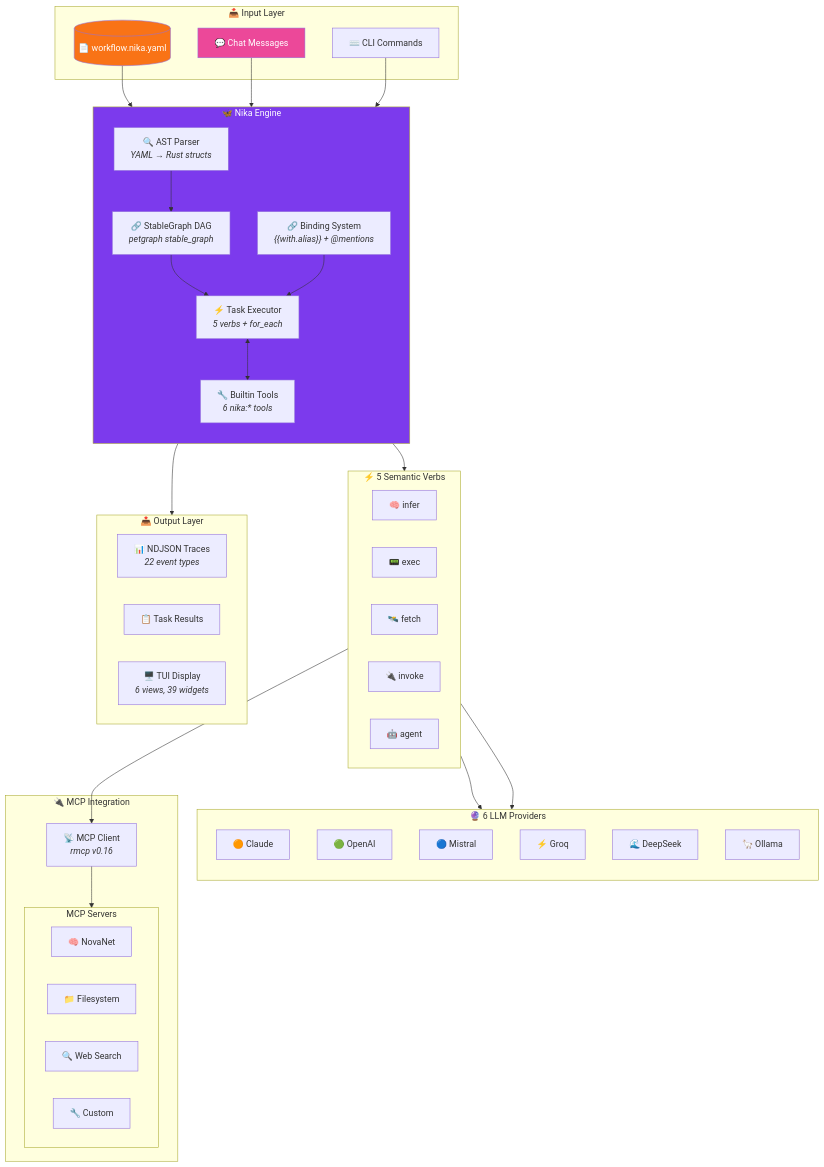
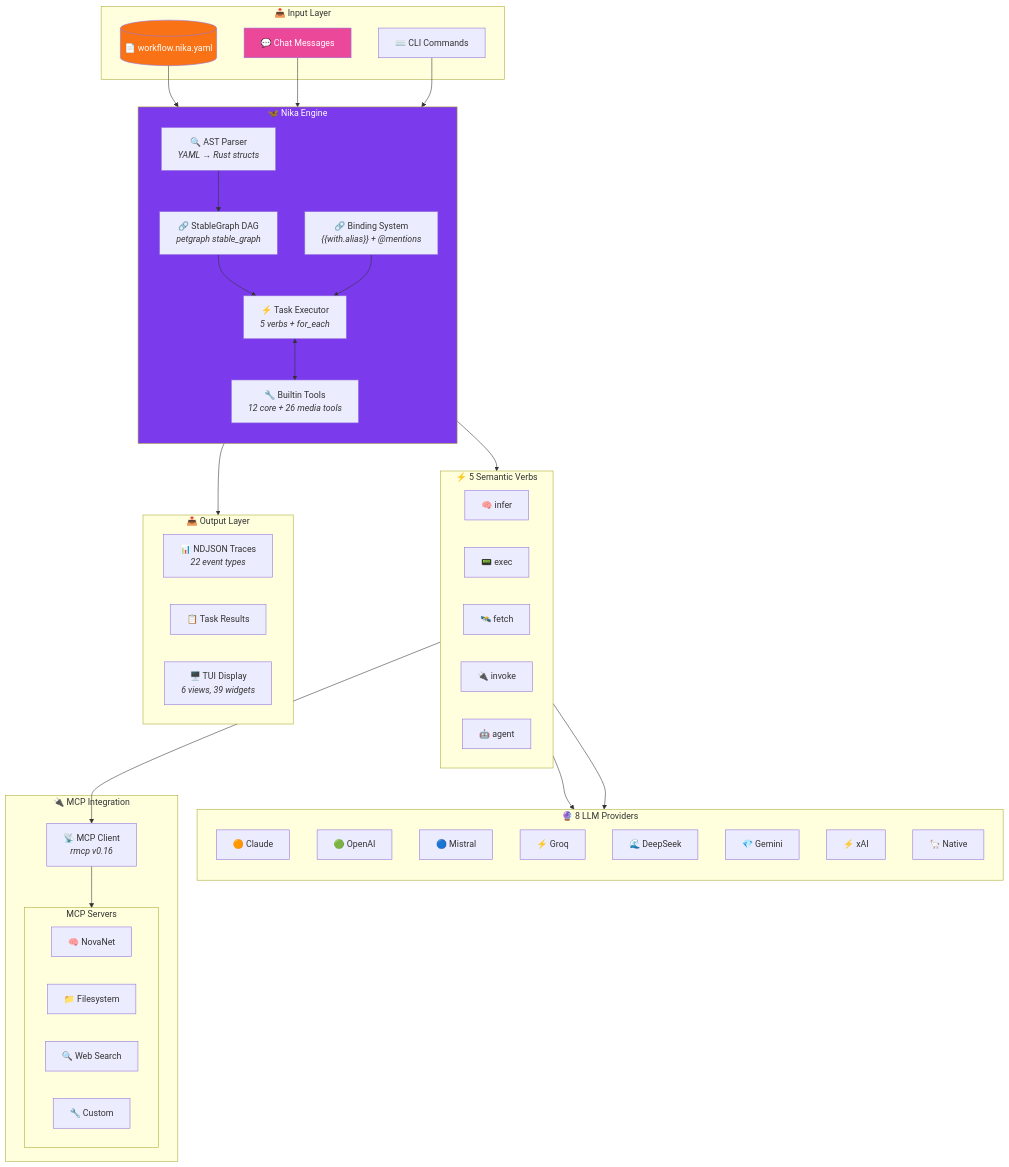
The fourth of 13 diagrams in README.md (supernovae-st/nika), drawn with Mermaid before and after one commit. The commit also changed other lines of this file, not shown here.

````diff
--- a/README.md
+++ b/README.md
@@ -483,71 +486,73 @@
 ```mermaid
 flowchart TB
     subgraph Input["📥 Input Layer"]
         YAML[("📄 workflow.nika.yaml")]
         Chat["💬 Chat Messages"]
         CLI["⌨️ CLI Commands"]
     end
 
     subgraph Core["🦋 Nika Engine"]
         direction TB
         Parser["🔍 AST Parser<br/><i>YAML → Rust structs</i>"]
         StableDag["🔗 StableGraph DAG<br/><i>petgraph stable_graph</i>"]
         Executor["⚡ Task Executor<br/><i>5 verbs + for_each</i>"]
-        BuiltinTools["🔧 Builtin Tools<br/><i>6 nika:* tools</i>"]
+        BuiltinTools["🔧 Builtin Tools<br/><i>12 core + 26 media tools</i>"]
         Binding["🔗 Binding System<br/><i>{{with.alias}} + @mentions</i>"]
 
         Parser --> StableDag
         StableDag --> Executor
         Executor <--> BuiltinTools
         Binding --> Executor
     end
 
     subgraph Verbs["⚡ 5 Semantic Verbs"]
         direction LR
         Infer["🧠 infer"]
         Exec["📟 exec"]
         Fetch["🛰️ fetch"]
         Invoke["🔌 invoke"]
         Agent["🤖 agent"]
     end
 
-    subgraph Providers["🔮 6 LLM Providers"]
+    subgraph Providers["🔮 8 LLM Providers"]
         direction TB
         Claude["🟠 Claude"]
         OpenAI["🟢 OpenAI"]
         Mistral["🔵 Mistral"]
         Groq["⚡ Groq"]
         DeepSeek["🌊 DeepSeek"]
-        Ollama["🦙 Ollama"]
+        Gemini["💎 Gemini"]
+        XAi["⚡ xAI"]
+        Native["🦙 Native"]
     end
 
     subgraph MCP["🔌 MCP Integration"]
         McpClient["📡 MCP Client<br/><i>rmcp v0.16</i>"]
         subgraph Servers["MCP Servers"]
             NovaNet["🧠 NovaNet"]
             Filesystem["📁 Filesystem"]
             WebSearch["🔍 Web Search"]
             Custom["🔧 Custom"]
         end
     end
 
     subgraph Output["📤 Output Layer"]
         Traces["📊 NDJSON Traces<br/><i>22 event types</i>"]
         Results["📋 Task Results"]
         TUI["🖥️ TUI Display<br/><i>6 views, 39 widgets</i>"]
     end
 
     YAML --> Parser
     Chat --> StableDag
     CLI --> Parser
     Executor --> Verbs
     Infer --> Providers
     Agent --> Providers
     Invoke --> McpClient
     McpClient --> Servers
     Executor --> Output
 
     style Core fill:#7c3aed,color:#fff
     style YAML fill:#f97316,color:#fff
     style Chat fill:#ec4899,color:#fff
 ```
````
